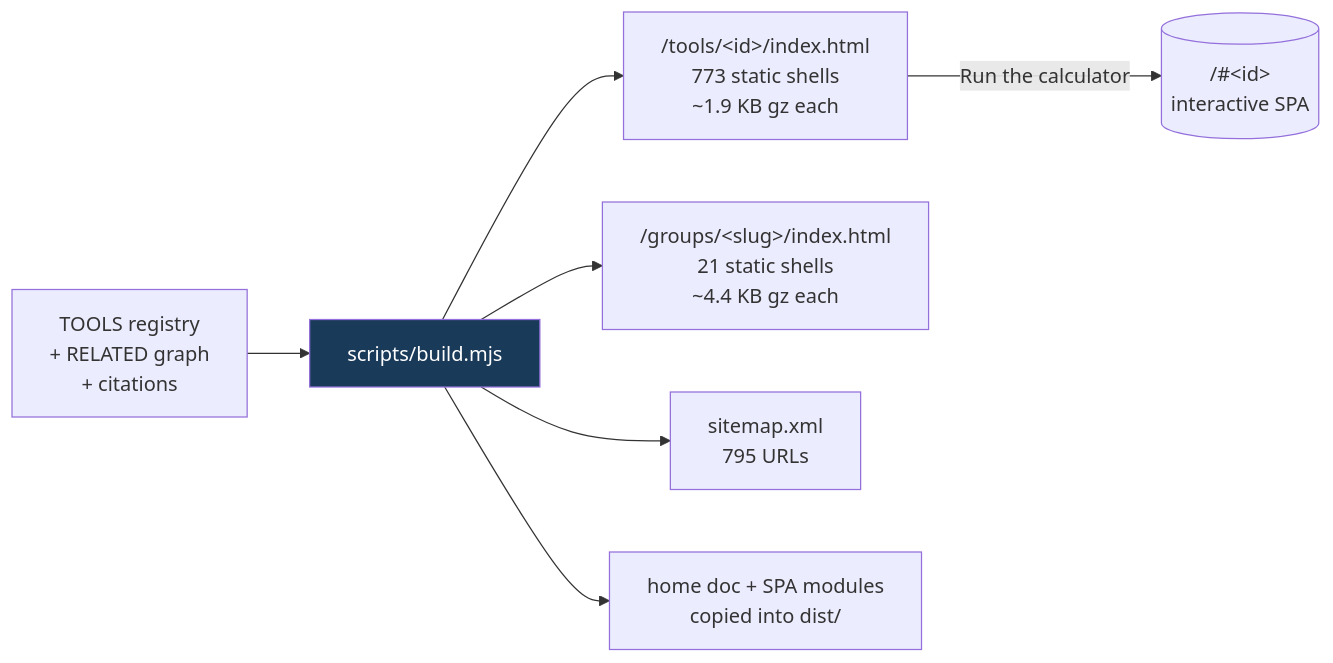
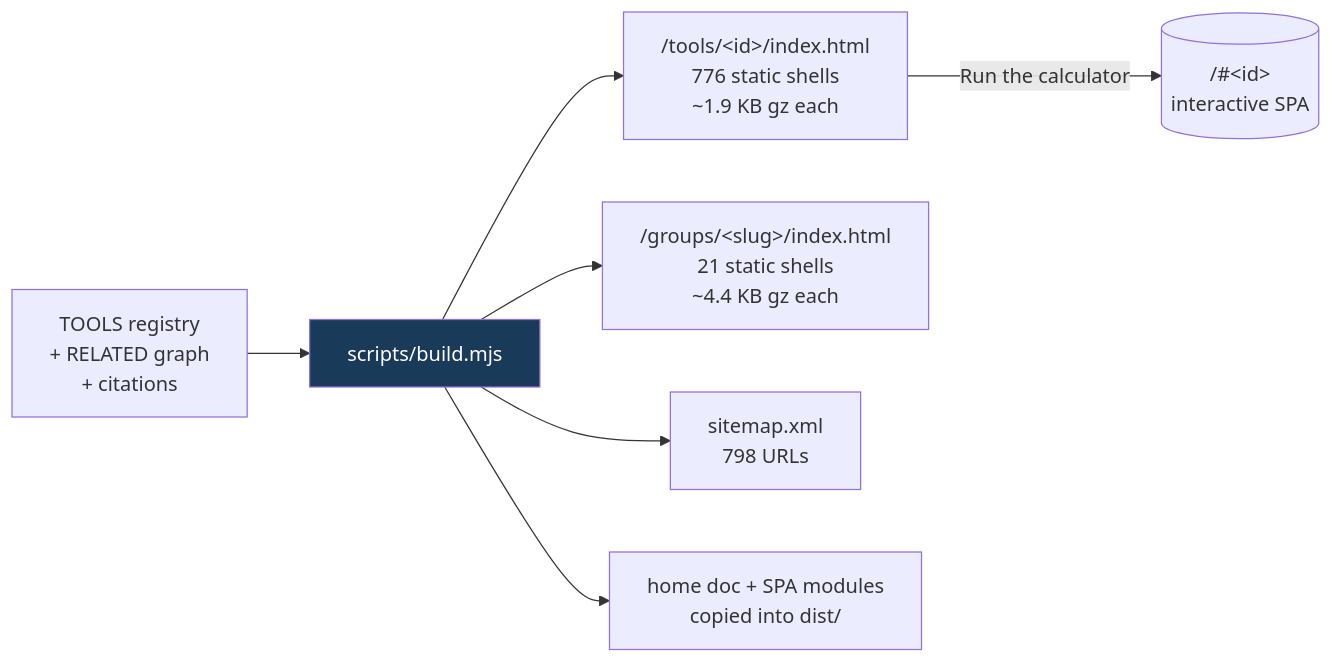
One commit to clay-good/roughlogic.com changed the fifth of 8 diagrams in README.md. Above: the diagram before and after it, drawn with Mermaid. The commit also changed other lines of this file and 18 other files, not shown here.

````diff
--- a/README.md
+++ b/README.md
@@ -495,10 +495,10 @@
 ```mermaid
 flowchart LR
     SRC[TOOLS registry\n+ RELATED graph\n+ citations] --> BUILD[scripts/build.mjs]
-    BUILD --> TILE["/tools/&lt;id&gt;/index.html\n773 static shells\n~1.9 KB gz each"]
+    BUILD --> TILE["/tools/&lt;id&gt;/index.html\n776 static shells\n~1.9 KB gz each"]
     BUILD --> GROUP["/groups/&lt;slug&gt;/index.html\n21 static shells\n~4.4 KB gz each"]
-    BUILD --> MAP["sitemap.xml\n795 URLs"]
+    BUILD --> MAP["sitemap.xml\n798 URLs"]
     BUILD --> COPY[home doc + SPA modules\ncopied into dist/]
     TILE -->|Run the calculator| SPA[("/#&lt;id&gt;\ninteractive SPA")]
     style BUILD fill:#1a3a5a,color:#fff
 ```
````
